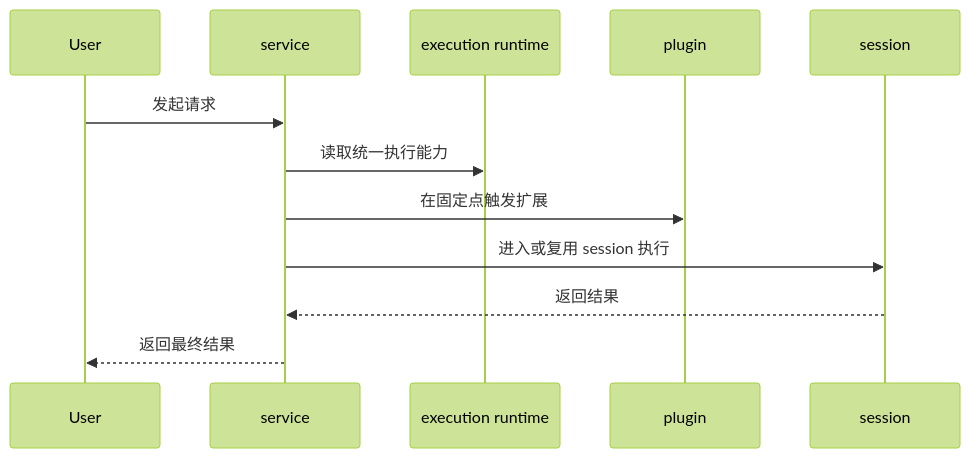
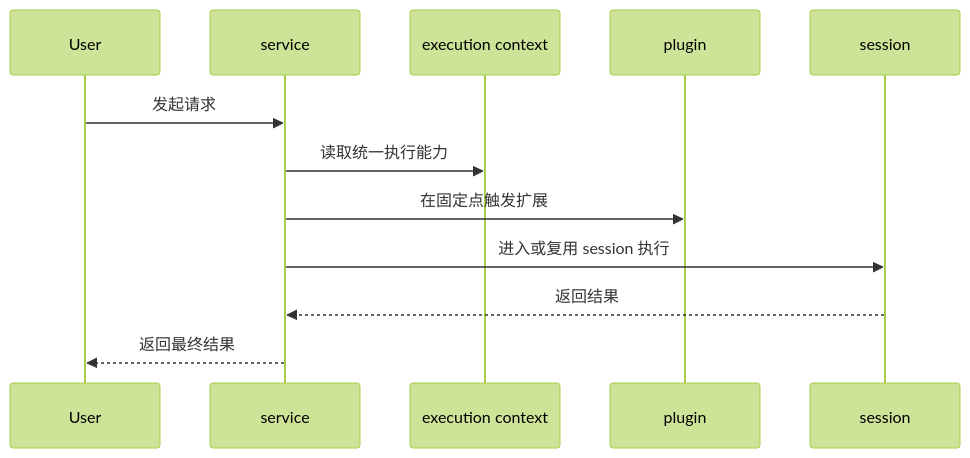
One commit to wangenius/downcity changed the second of 2 diagrams in homepage/content/docs/zh/concepts/service-runtime.mdx. Above: the diagram before and after it, drawn with Mermaid (forest theme). The commit also changed other lines of this file and 96 other files, not shown here.

````diff
--- a/homepage/content/docs/zh/concepts/service-runtime.mdx
+++ b/homepage/content/docs/zh/concepts/service-runtime.mdx
@@ -109,15 +109,15 @@
 ```mermaid
 sequenceDiagram
   participant User as User
   participant Service as service
-  participant Runtime as execution runtime
+  participant Context as execution context
   participant Plugin as plugin
   participant Session as session
 
   User->>Service: 发起请求
-  Service->>Runtime: 读取统一执行能力
+  Service->>Context: 读取统一执行能力
   Service->>Plugin: 在固定点触发扩展
   Service->>Session: 进入或复用 session 执行
   Session-->>Service: 返回结果
   Service-->>User: 返回最终结果
 ```
````
